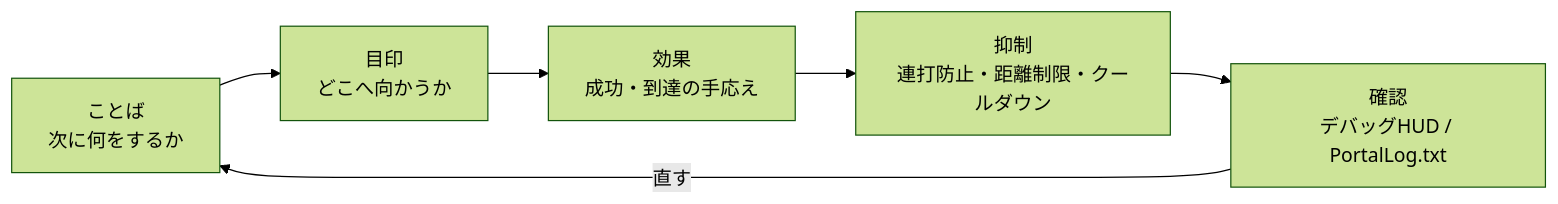
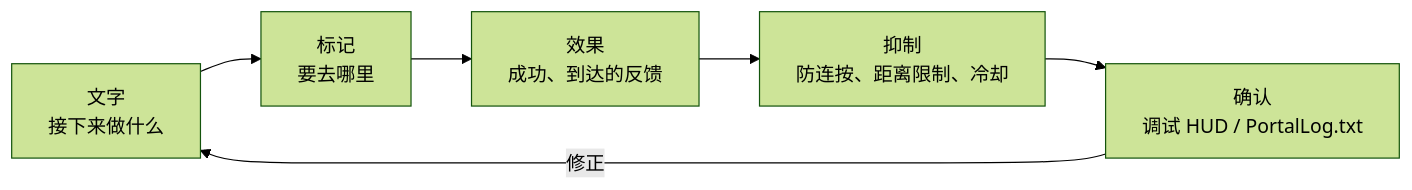
One commit to link1345/bf-portal-book changed the diagram in content/locales/zh-CN/chapters/8-action.md. Above: the diagram before and after it, drawn with Mermaid (forest theme). The commit also changed other lines of this file and 2 other files, not shown here.

````diff
--- a/content/locales/zh-CN/chapters/8-action.md
+++ b/content/locales/zh-CN/chapters/8-action.md
@@ -19,11 +19,11 @@
 ```mermaid
 flowchart LR
-  message["ことば<br/>次に何をするか"]
-  icon["目印<br/>どこへ向かうか"]
-  effect["効果<br/>成功・到達の手応え"]
-  limit["抑制<br/>連打防止・距離制限・クールダウン"]
-  debug["確認<br/>デバッグHUD / PortalLog.txt"]
+  message["文字<br/>接下来做什么"]
+  icon["标记<br/>要去哪里"]
+  effect["效果<br/>成功、到达的反馈"]
+  limit["抑制<br/>防连按、距离限制、冷却"]
+  debug["确认<br/>调试 HUD / PortalLog.txt"]
 
   message --> icon --> effect --> limit --> debug
-  debug -- "直す" --> message
+  debug -- "修正" --> message
 ```
````
